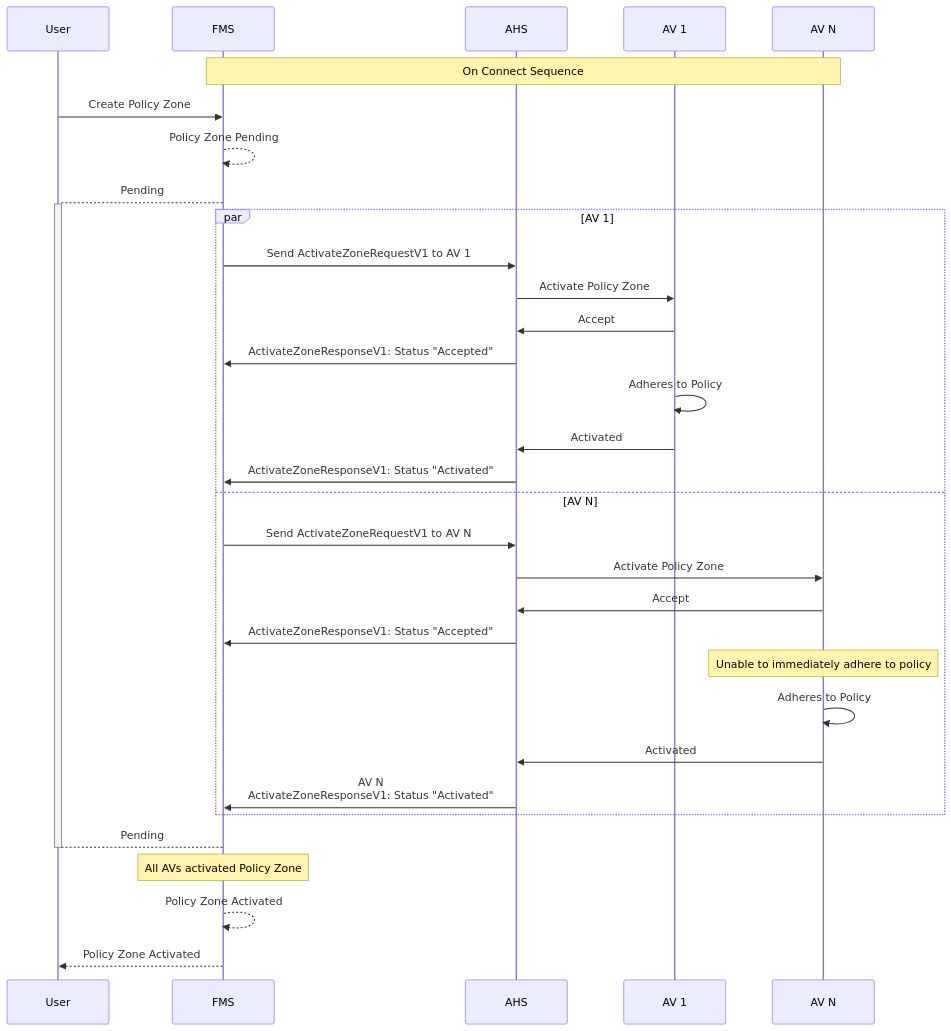
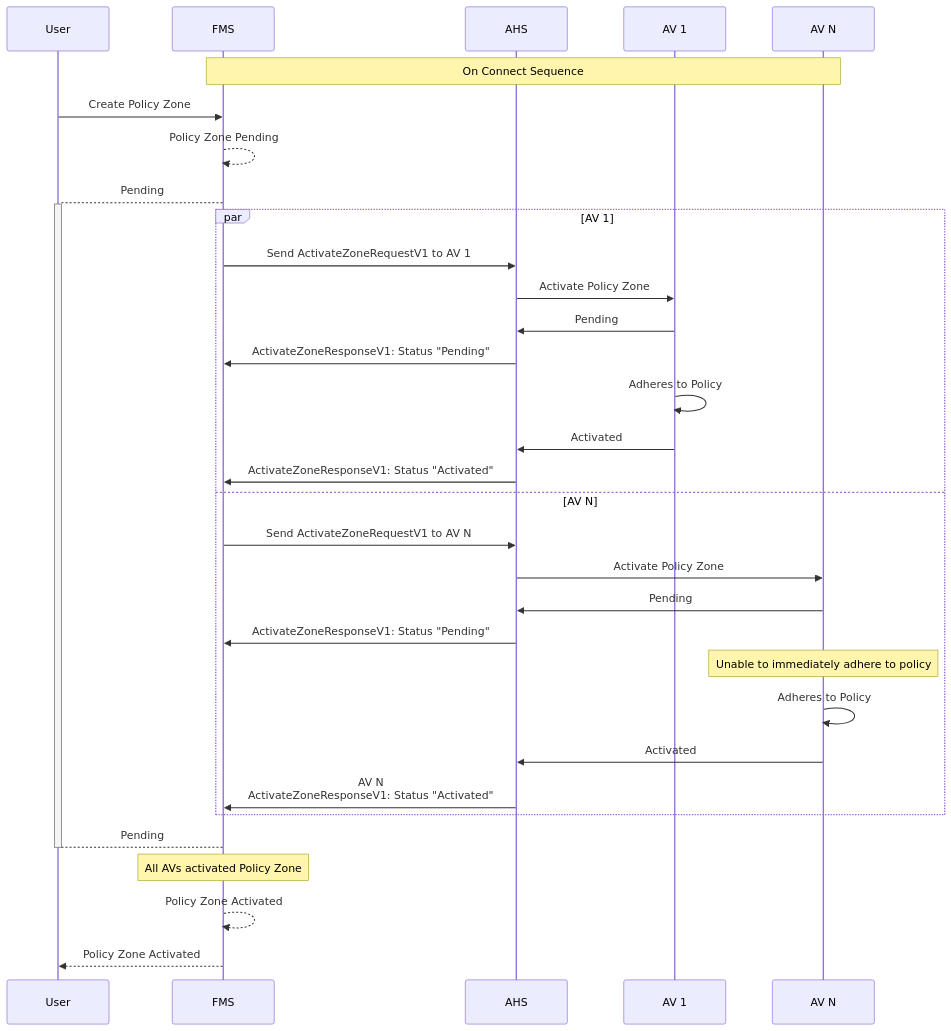
One commit to open-autonomy/zone changed the first of 3 diagrams in diagram/PolicyZoneActivation.md. Above: the diagram before and after it, drawn with Mermaid. The commit also changed other lines of this file and 1 other file, not shown here.

Commit message:
updated sequence diagrams to ActivateZoneResponse Status of Accept to Pending

````diff
--- a/diagram/PolicyZoneActivation.md
+++ b/diagram/PolicyZoneActivation.md
@@ -9,36 +9,36 @@
 ```mermaid
 sequenceDiagram
     participant User
     participant FMS
     participant AHS
     participant AV 1
     participant AV N
 
     Note over FMS,AV N: On Connect Sequence
     User->>FMS: Create Policy Zone
     FMS-->>FMS: Policy Zone Pending
     FMS-->+User: Pending
     par AV 1
         FMS->>AHS: Send ActivateZoneRequestV1 to AV 1
         AHS->>AV 1: Activate Policy Zone
-        AV 1->>AHS: Accept
-        AHS->>FMS: ActivateZoneResponseV1: Status "Accepted"
+        AV 1->>AHS: Pending
+        AHS->>FMS: ActivateZoneResponseV1: Status "Pending"
         AV 1->>AV 1: Adheres to Policy
         AV 1->>AHS: Activated
         AHS->>FMS: ActivateZoneResponseV1: Status "Activated"
     and AV N
         FMS->>AHS: Send ActivateZoneRequestV1 to AV N
         AHS->>AV N: Activate Policy Zone
-        AV N->>AHS: Accept
-        AHS->>FMS: ActivateZoneResponseV1: Status "Accepted"
+        AV N->>AHS: Pending
+        AHS->>FMS: ActivateZoneResponseV1: Status "Pending"
         Note Over AV N: Unable to immediately adhere to policy
         AV N->>AV N: Adheres to Policy
         AV N->>AHS: Activated
         AHS->>FMS: AV N <br/> ActivateZoneResponseV1: Status "Activated"
     end
 
     User-->-FMS: Pending
     Note Over FMS: All AVs activated Policy Zone
     FMS-->>FMS: Policy Zone Activated
     FMS-->>User: Policy Zone Activated
 ```
````
